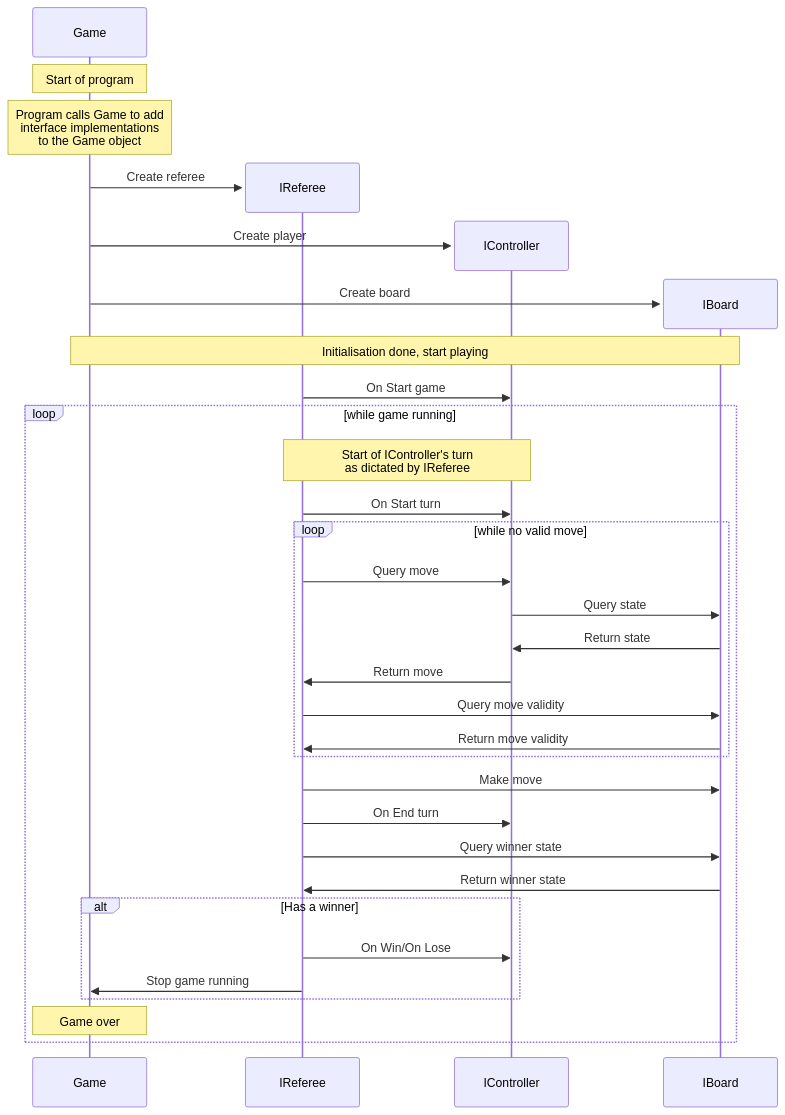
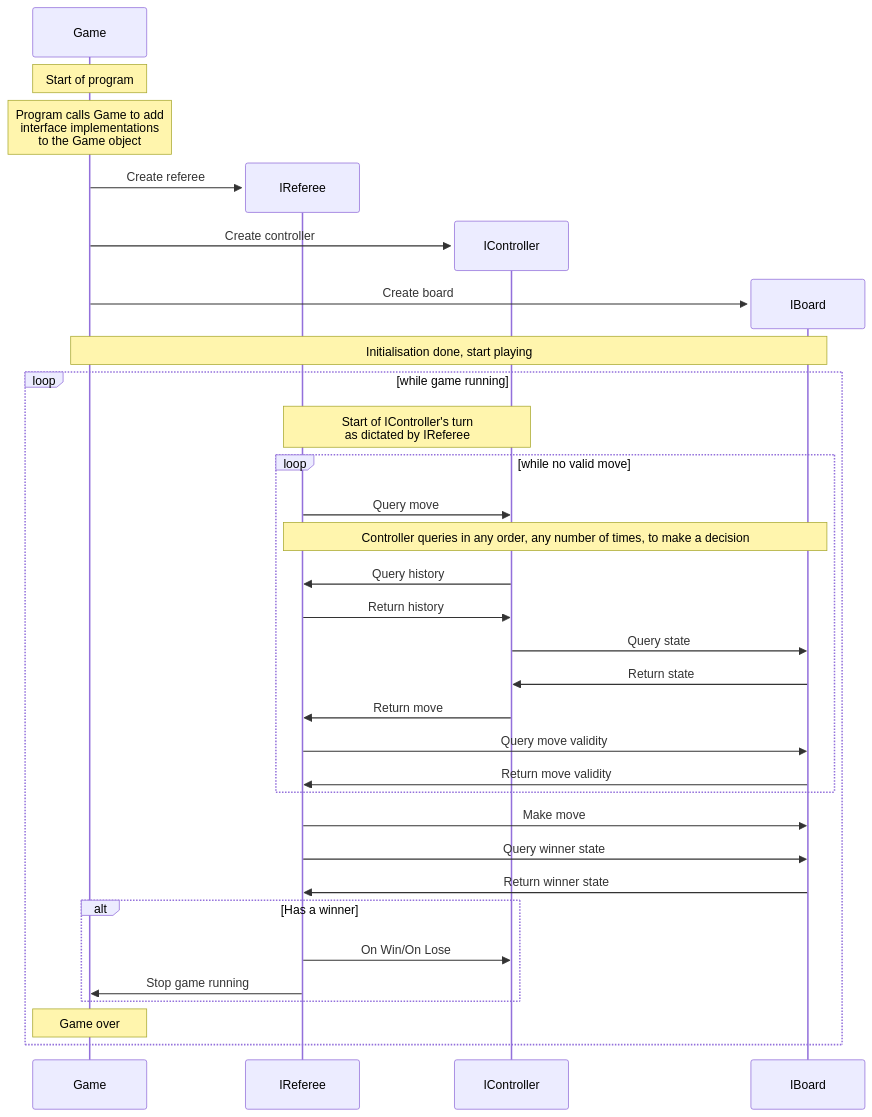
The third of 3 diagrams in docs/structure.md (Ultranerdguy/ConnectX), drawn with Mermaid before and after one commit. The commit also changed other lines of this file and 32 other files, not shown here.

````diff
--- a/docs/structure.md
+++ b/docs/structure.md
@@ -112,37 +147,37 @@
 ```mermaid
 sequenceDiagram
   participant Game
   Note over Game: Start of program
   Note over Game: Program calls Game to add<br/>interface implementations<br/>to the Game object
   create participant IReferee
   Game->>IReferee: Create referee
   create participant IController
-  Game->>IController: Create player
+  Game->>IController: Create controller
   create participant IBoard
   Game->>IBoard: Create board
   
   Note over Game,IBoard: Initialisation done, start playing
-  IReferee->>IController: On Start game
   loop while game running
     Note over IController,IReferee: Start of IController's turn<br/>as dictated by IReferee
-    IReferee->>IController: On Start turn
     loop while no valid move
       IReferee->>IController: Query move
+      Note over IReferee,IBoard: Controller queries in any order, any number of times, to make a decision
+      IController->>IReferee: Query history
+      IReferee->>IController: Return history
       IController->>IBoard: Query state
       IBoard->>IController: Return state
       IController->>IReferee: Return move
       IReferee->>IBoard: Query move validity
       IBoard->>IReferee: Return move validity
     end
     IReferee->>IBoard: Make move
-    IReferee->>IController: On End turn
     IReferee->>IBoard: Query winner state
     IBoard->>IReferee: Return winner state
     alt Has a winner
       IReferee->>IController: On Win/On Lose
       IReferee->>Game: Stop game running
     end
     
     Note over Game: Game over
   end
 ```
````
